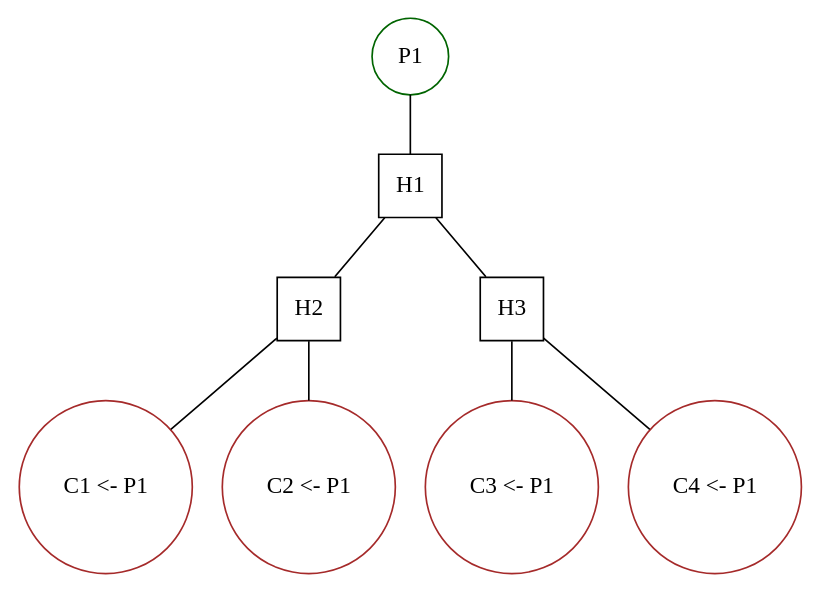
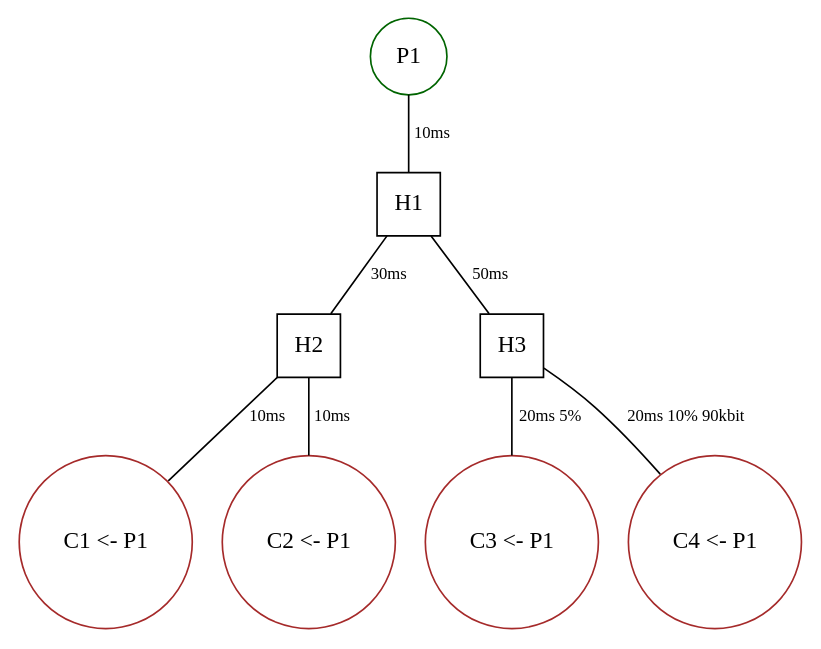
Before and after one commit to peetonn/ndn-docker: the diagram in compose/example-ping/topology.dot, drawn with Graphviz. The commit also changed 3 other files, not shown here.

```diff
--- a/compose/example-ping/topology.dot
+++ b/compose/example-ping/topology.dot
@@ -1,39 +1,39 @@
 digraph finite_state_machine {
     //layout="dot"
-    edge [ arrowhead=none ];
+    edge [ arrowhead=none fontsize=10 ];
 
     subgraph hubs { // all hubs should be listed here
         // hub nodes should follow format H + index 
         node [shape = square, rank = 5];
         H1; H2; H3;
         
-        H1 -> H2;
-        H1 -> H3;
+        H1 -> H2 [ label = "30ms" ];
+        H1 -> H3 [ label = "50ms" ];
     }
 
     subgraph producers { // all producers are listed here
         // producer nodes should follow format P + index
         rank = source
         node [shape = circle, color = darkgreen];
 
         P1 [shape = circle, color = darkgreen];
     }
-    P1 -> H1;
+    P1 -> H1 [label = "10ms"];
 
     subgraph consumers { // all consumer clusters are lister here
         // consumer cluster nodes should follow format C + index
         // the label for consumer cluster should follow format:
         // 		Cx<number of consumers> <- <producer id> [<producer id>, ...]
         rank = sink
         node [shape = circle, color = brown];
         C1 [label = "C1 <- P1"];
         C2 [label = "C2 <- P1"];
         C3 [label = "C3 <- P1"];
         C4 [label = "C4 <- P1"];
     }
 
-    C1 -> H2;
-    C2 -> H2;
-    C3 -> H3;
-    C4 -> H3;
+    C1 -> H2 [label = "10ms" ];
+    C2 -> H2 [label = "10ms" ];
+    C3 -> H3 [label = "20ms 5%" ];
+    C4 -> H3 [label = "20ms 10% 90kbit" ];
 }
```
